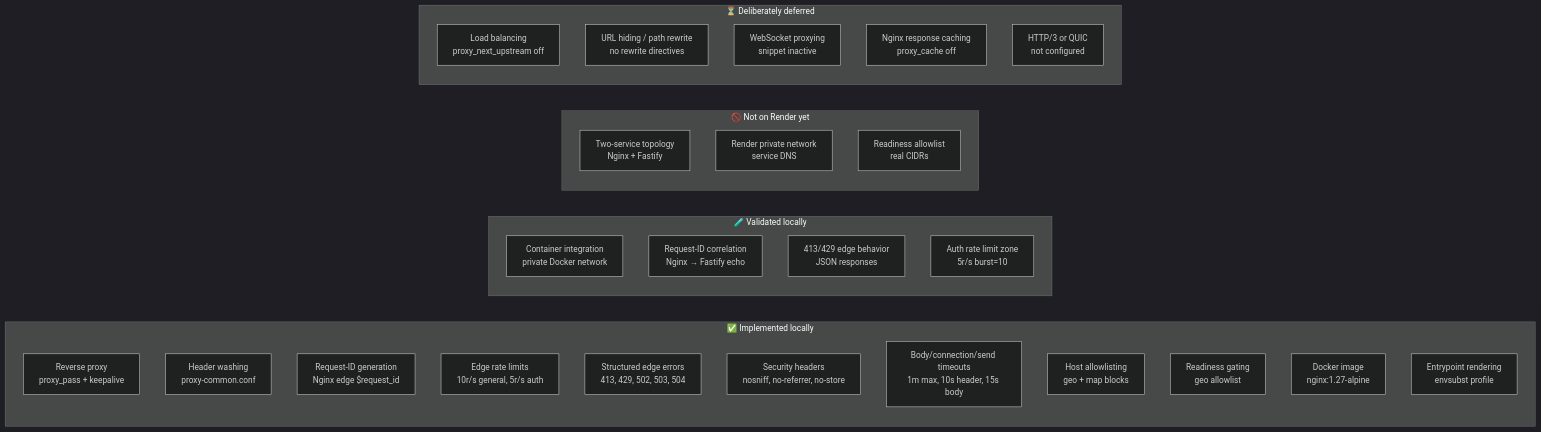
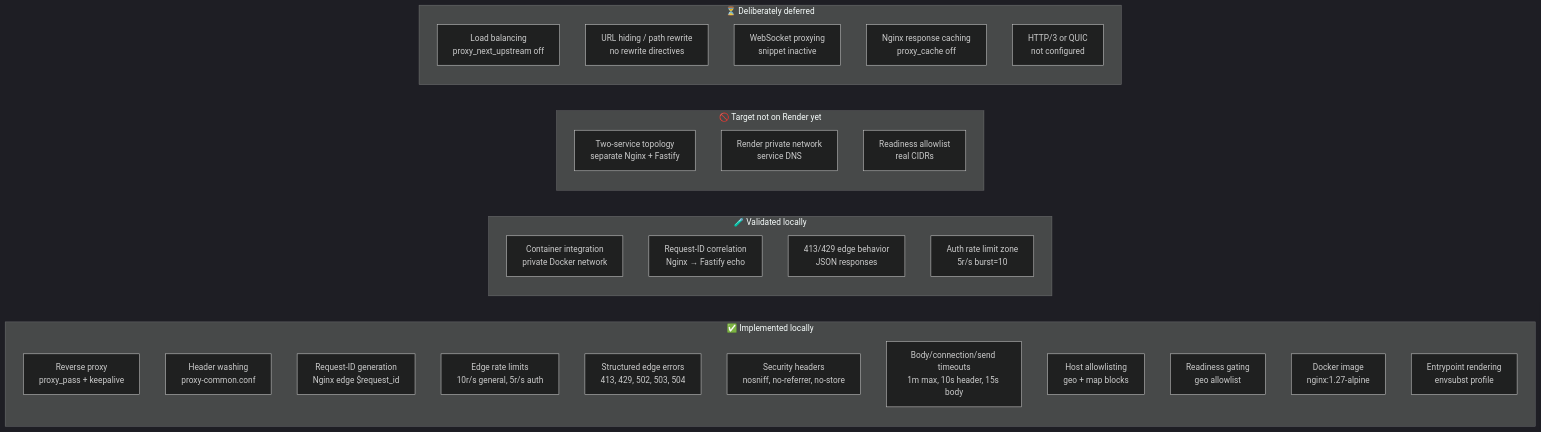
The first of 4 diagrams in docs/nginx/README.md (thec1rclehost123-cmd/C1RCLE-BACKEND), drawn with Mermaid (dark theme) before and after one commit. The commit also changed other lines of this file and 7 other files, not shown here.

````diff
--- a/docs/nginx/README.md
+++ b/docs/nginx/README.md
@@ -20,37 +20,37 @@
 ```mermaid
 graph LR
   subgraph Implemented["✅ Implemented locally"]
     A[Reverse proxy<br/>proxy_pass + keepalive]
     B[Header washing<br/>proxy-common.conf]
     C[Request-ID generation<br/>Nginx edge $request_id]
     D[Edge rate limits<br/>10r/s general, 5r/s auth]
     E[Structured edge errors<br/>413, 429, 502, 503, 504]
     F[Security headers<br/>nosniff, no-referrer, no-store]
     G[Body/connection/send timeouts<br/>1m max, 10s header, 15s body]
     H[Host allowlisting<br/>geo + map blocks]
     I[Readiness gating<br/>geo allowlist]
     J[Docker image<br/>nginx:1.27-alpine]
     K[Entrypoint rendering<br/>envsubst profile]
   end
 
   subgraph Validated["🧪 Validated locally"]
     L[Container integration<br/>private Docker network]
     M[Request-ID correlation<br/>Nginx → Fastify echo]
     N[413/429 edge behavior<br/>JSON responses]
     O[Auth rate limit zone<br/>5r/s burst=10]
   end
 
-  subgraph NotDeployed["🚫 Not on Render yet"]
-    P[Two-service topology<br/>Nginx + Fastify]
+  subgraph NotDeployed["🚫 Target not on Render yet"]
+    P[Two-service topology<br/>separate Nginx + Fastify]
     Q[Render private network<br/>service DNS]
     R[Readiness allowlist<br/>real CIDRs]
   end
 
   subgraph Deferred["⏳ Deliberately deferred"]
     S[Load balancing<br/>proxy_next_upstream off]
     T[URL hiding / path rewrite<br/>no rewrite directives]
     U[WebSocket proxying<br/>snippet inactive]
     V[Nginx response caching<br/>proxy_cache off]
     W[HTTP/3 or QUIC<br/>not configured]
   end
 ```
````
